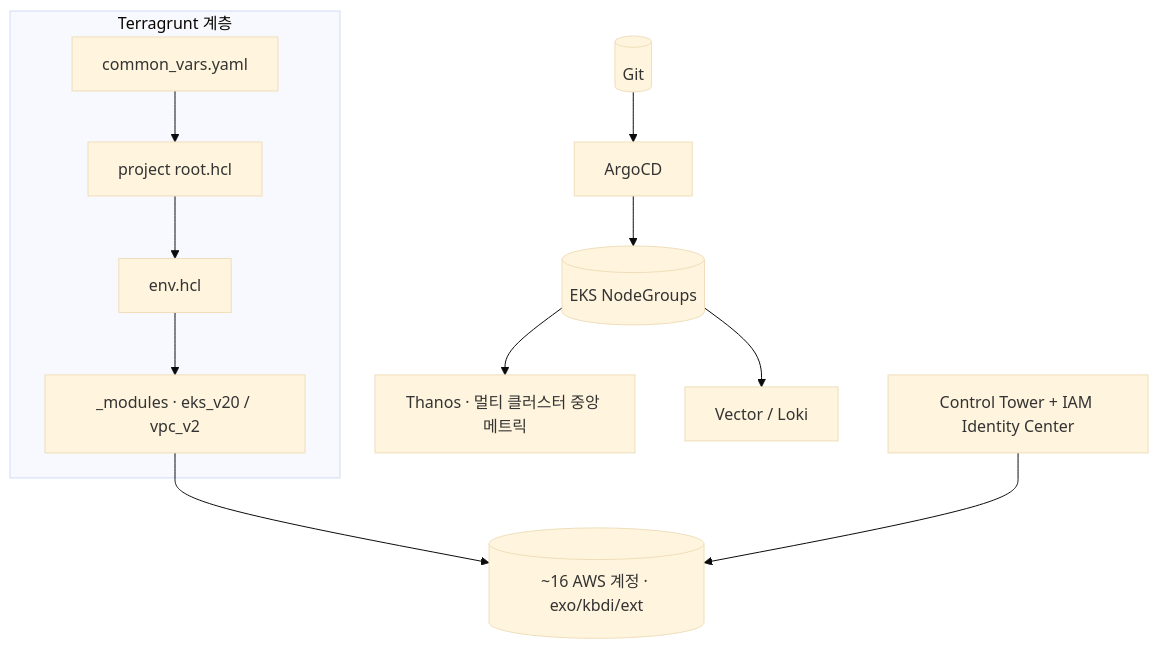
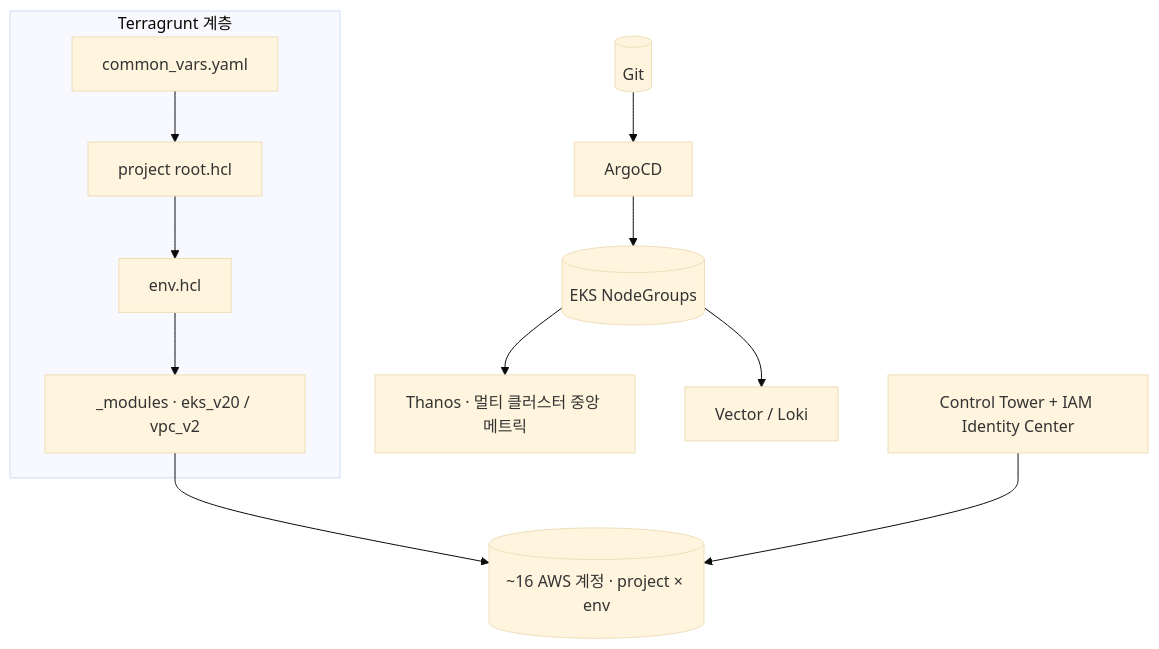
The diagram in src/content/projects/kyobo-data-portal.mdx (kyeongju/Kyeongju.github.io), drawn with Mermaid (base theme) before and after one commit. The commit also changed other lines of this file and 1 other file, not shown here.

Commit message:
fix(privacy): 내부 프로젝트 코드명 익명화 (exo/kbdi/ext/internal → Project A~D)
- terragrunt 인터랙티브 다이어그램 계정 라벨·id·edge·flow 익명화
- kyobo-data-portal 프로젝트 글의 코드명 제거

````diff
--- a/src/content/projects/kyobo-data-portal.mdx
+++ b/src/content/projects/kyobo-data-portal.mdx
@@ -24,13 +24,13 @@
 ```mermaid
 flowchart TB
   subgraph IaC[Terragrunt 계층]
     CV[common_vars.yaml] --> Root[project root.hcl]
     Root --> Env[env.hcl]
     Env --> Mods[_modules · eks_v20 / vpc_v2]
   end
-  Mods --> Acc[(~16 AWS 계정 · exo/kbdi/ext)]
+  Mods --> Acc[(~16 AWS 계정 · project × env)]
   CT[Control Tower + IAM Identity Center] --> Acc
   Git[(Git)] --> Argo[ArgoCD] --> EKS[(EKS NodeGroups)]
   EKS --> Thanos[Thanos · 멀티 클러스터 중앙 메트릭]
   EKS --> Loki[Vector / Loki]
 ```
````
